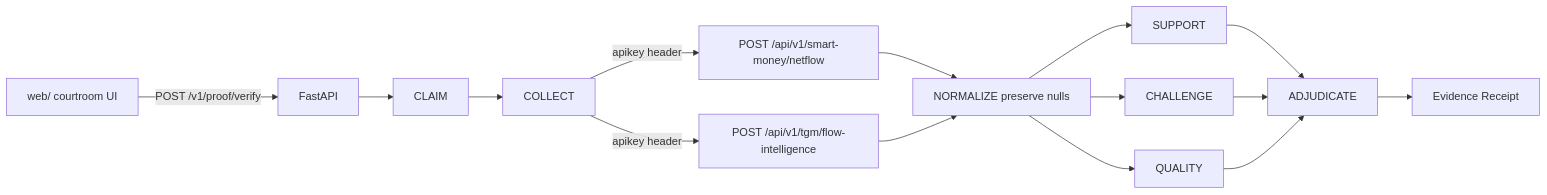
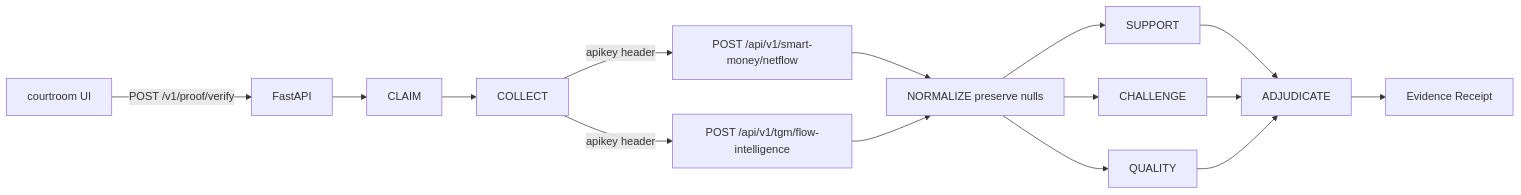
Before and after one commit to TheSingulant/singulant-proof: the second of 2 diagrams in README.md, drawn with Mermaid. The commit also changed other lines of this file and 6 other files, not shown here.

````diff
--- a/README.md
+++ b/README.md
@@ -72,17 +125,17 @@
 ```mermaid
 flowchart LR
-  UI[web/ courtroom UI] -->|POST /v1/proof/verify| API[FastAPI]
+  UI[courtroom UI] -->|POST /v1/proof/verify| API[FastAPI]
   API --> C[CLAIM]
   C --> L[COLLECT]
   L -->|apikey header| N1[POST /api/v1/smart-money/netflow]
   L -->|apikey header| N2[POST /api/v1/tgm/flow-intelligence]
   N1 --> Z[NORMALIZE preserve nulls]
   N2 --> Z
   Z --> S[SUPPORT]
   Z --> H[CHALLENGE]
   Z --> Q[QUALITY]
   S --> A[ADJUDICATE]
   H --> A
   Q --> A
   A --> R[Evidence Receipt]
 ```
````
